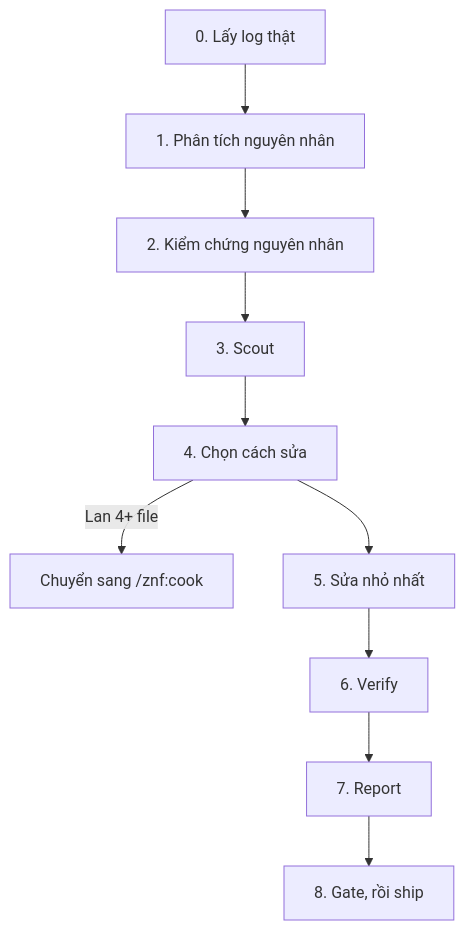
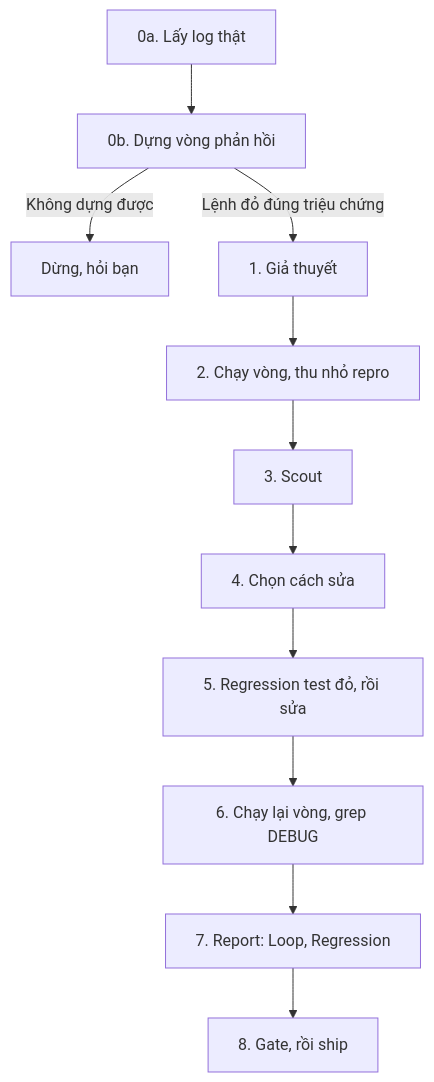
Before and after one commit to ZenifyAIContactCenter/zenify-kit: the diagram in website/workflows/fix.md, drawn with Mermaid. The commit also changed other lines of this file and 8 other files, not shown here.

Commit message:
docs(fix): describe the reproduce loop, regression test and test-quality rules

````diff
--- a/website/workflows/fix.md
+++ b/website/workflows/fix.md
@@ -43,15 +43,16 @@
 ```mermaid
 flowchart TD
-  A["0. Lấy log thật"] --> B["1. Phân tích nguyên nhân"]
-  B --> C["2. Kiểm chứng nguyên nhân"]
-  C --> D["3. Scout"]
-  D --> E["4. Chọn cách sửa"]
-  E -->|Lan 4+ file| I["Chuyển sang /znf:cook"]
-  E --> G["5. Sửa nhỏ nhất"]
-  G --> J["6. Verify"]
-  J --> K["7. Report"]
-  K --> L["8. Gate, rồi ship"]
-  class A,B,C,D,G,J,K,L action
-  class E user
-  class I stop
+  A["0a. Lấy log thật"] --> B["0b. Dựng vòng phản hồi"]
+  B -->|Không dựng được| X["Dừng, hỏi bạn"]
+  B -->|Lệnh đỏ đúng triệu chứng| C["1. Giả thuyết"]
+  C --> D["2. Chạy vòng, thu nhỏ repro"]
+  D --> E["3. Scout"]
+  E --> F["4. Chọn cách sửa"]
+  F --> G["5. Regression test đỏ, rồi sửa"]
+  G --> H["6. Chạy lại vòng, grep DEBUG"]
+  H --> I["7. Report: Loop, Regression"]
+  I --> J["8. Gate, rồi ship"]
+  class A,B,C,D,E,G,H,I,J action
+  class F user
+  class X stop
 ```
````
